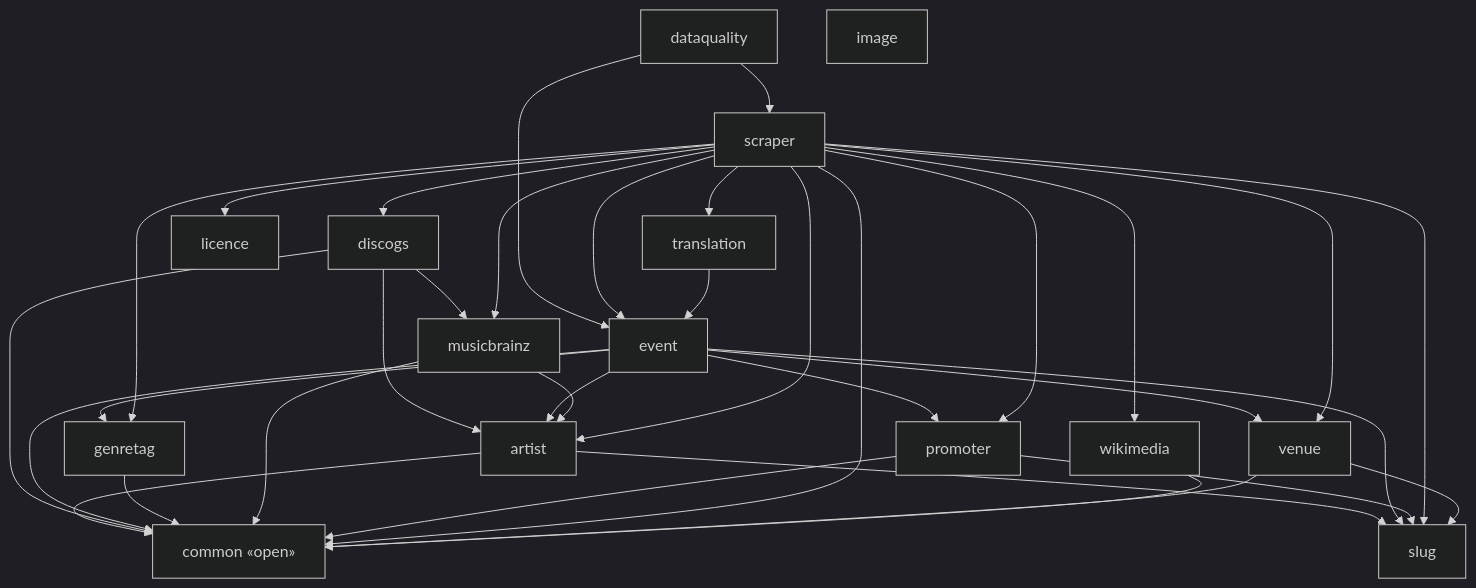
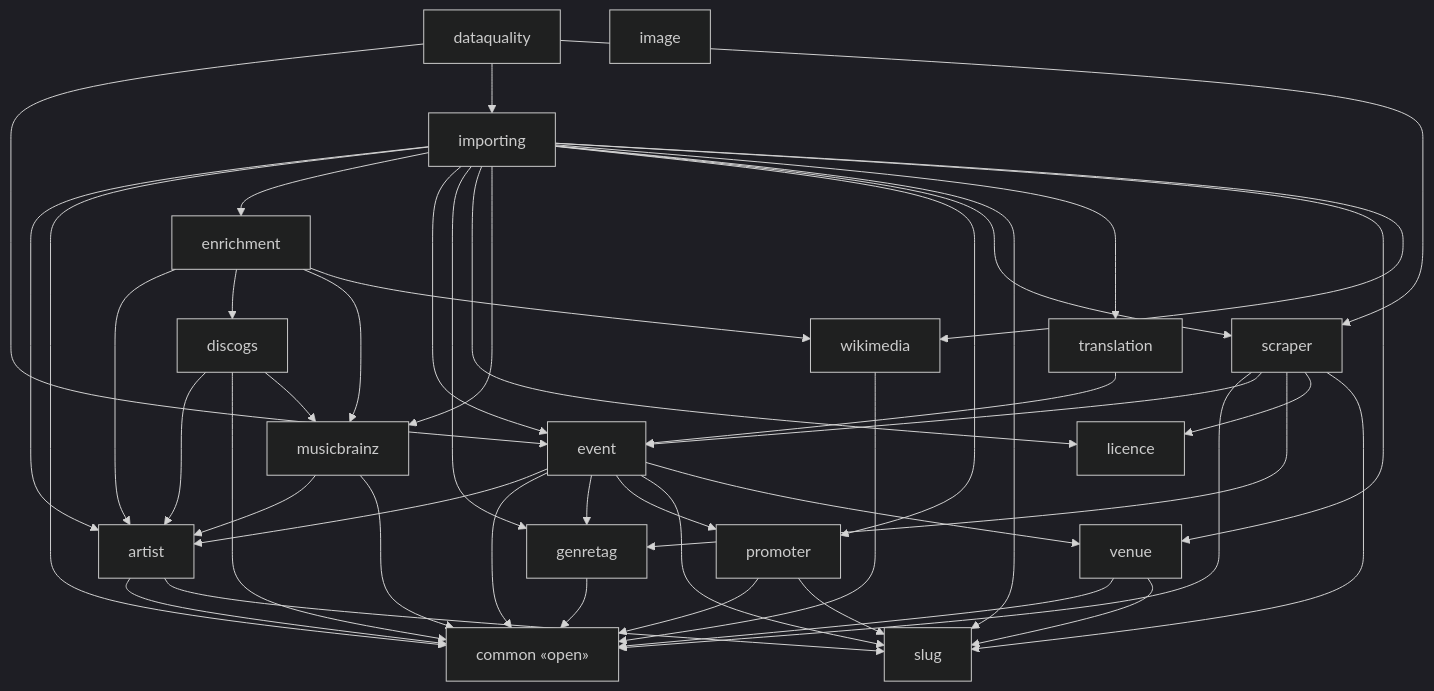
The diagram in docs/architecture/modules-events-importer.md (enorm-labs/event-junkie), drawn with Mermaid (dark theme) before and after one commit. The commit also changed 162 other files, not shown here.

````diff
--- a/docs/architecture/modules-events-importer.md
+++ b/docs/architecture/modules-events-importer.md
@@ -9,53 +9,66 @@
 ```mermaid
 flowchart TD
     artist["artist"]
     common["common «open»"]
     dataquality["dataquality"]
     discogs["discogs"]
+    enrichment["enrichment"]
     event["event"]
     genretag["genretag"]
     image["image"]
+    importing["importing"]
     licence["licence"]
     musicbrainz["musicbrainz"]
     promoter["promoter"]
     scraper["scraper"]
     slug["slug"]
     translation["translation"]
     venue["venue"]
     wikimedia["wikimedia"]
 
     artist --> common
     artist --> slug
     dataquality --> event
+    dataquality --> importing
     dataquality --> scraper
     discogs --> artist
     discogs --> common
     discogs --> musicbrainz
+    enrichment --> artist
+    enrichment --> discogs
+    enrichment --> musicbrainz
+    enrichment --> wikimedia
     event --> artist
     event --> common
     event --> genretag
     event --> promoter
     event --> slug
     event --> venue
     genretag --> common
+    importing --> artist
+    importing --> common
+    importing --> enrichment
+    importing --> event
+    importing --> genretag
+    importing --> licence
+    importing --> musicbrainz
+    importing --> promoter
+    importing --> scraper
+    importing --> slug
+    importing --> translation
+    importing --> venue
+    importing --> wikimedia
     musicbrainz --> artist
     musicbrainz --> common
     promoter --> common
     promoter --> slug
-    scraper --> artist
     scraper --> common
-    scraper --> discogs
     scraper --> event
     scraper --> genretag
     scraper --> licence
-    scraper --> musicbrainz
-    scraper --> promoter
     scraper --> slug
-    scraper --> translation
-    scraper --> venue
-    scraper --> wikimedia
     translation --> event
     venue --> common
     venue --> slug
     wikimedia --> common
 ```
````
